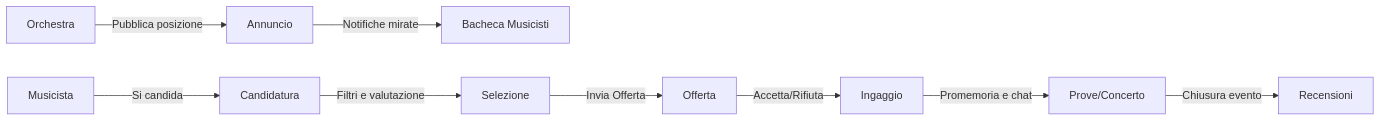
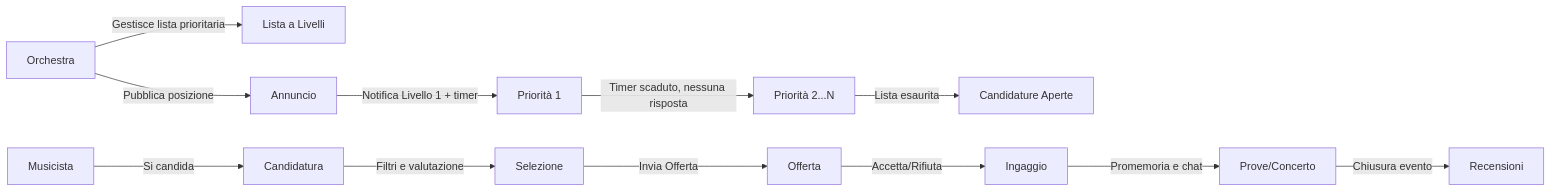
The diagram in README.md (GiampaoloGabba/orchestra-match), drawn with Mermaid before and after one commit. The commit also changed other lines of this file and 2 other files, not shown here.

````diff
--- a/README.md
+++ b/README.md
@@ -30,11 +34,14 @@
 ```mermaid
 flowchart LR
-  O[Orchestra] -->|Pubblica posizione| JP[Annuncio]
-  JP -->|Notifiche mirate| MFeed[Bacheca Musicisti]
+  O[Orchestra] -->|Gestisce lista prioritaria| PL[Lista a Livelli]
+  O -->|Pubblica posizione| JP[Annuncio]
+  JP -->|Notifica Livello 1 + timer| L1[Priorità 1]
+  L1 -->|Timer scaduto, nessuna risposta| L2[Priorità 2...N]
+  L2 -->|Lista esaurita| MFeed[Candidature Aperte]
   MU[Musicista] -->|Si candida| APP[Candidatura]
   APP -->|Filtri e valutazione| SEL[Selezione]
   SEL -->|Invia Offerta| OFF[Offerta]
   OFF -->|Accetta/Rifiuta| ENG[Ingaggio]
   ENG -->|Promemoria e chat| EV[Prove/Concerto]
   EV -->|Chiusura evento| REV[Recensioni]
 ```
````
